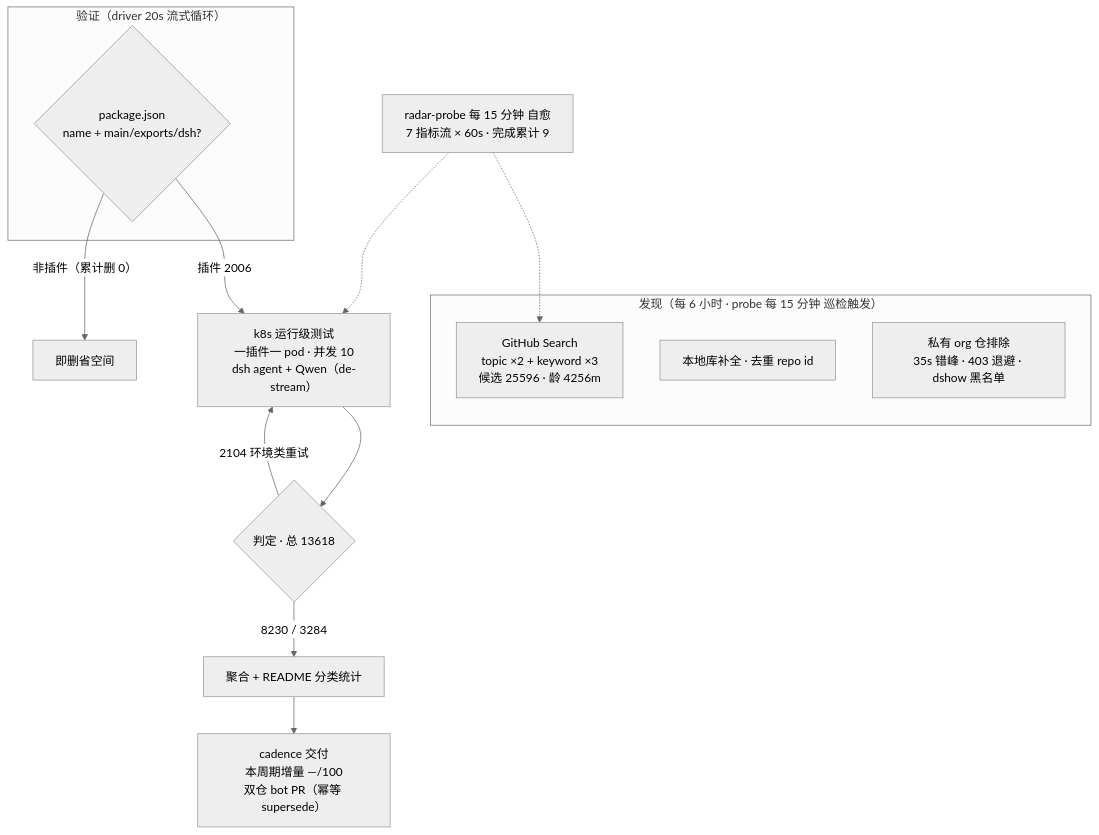
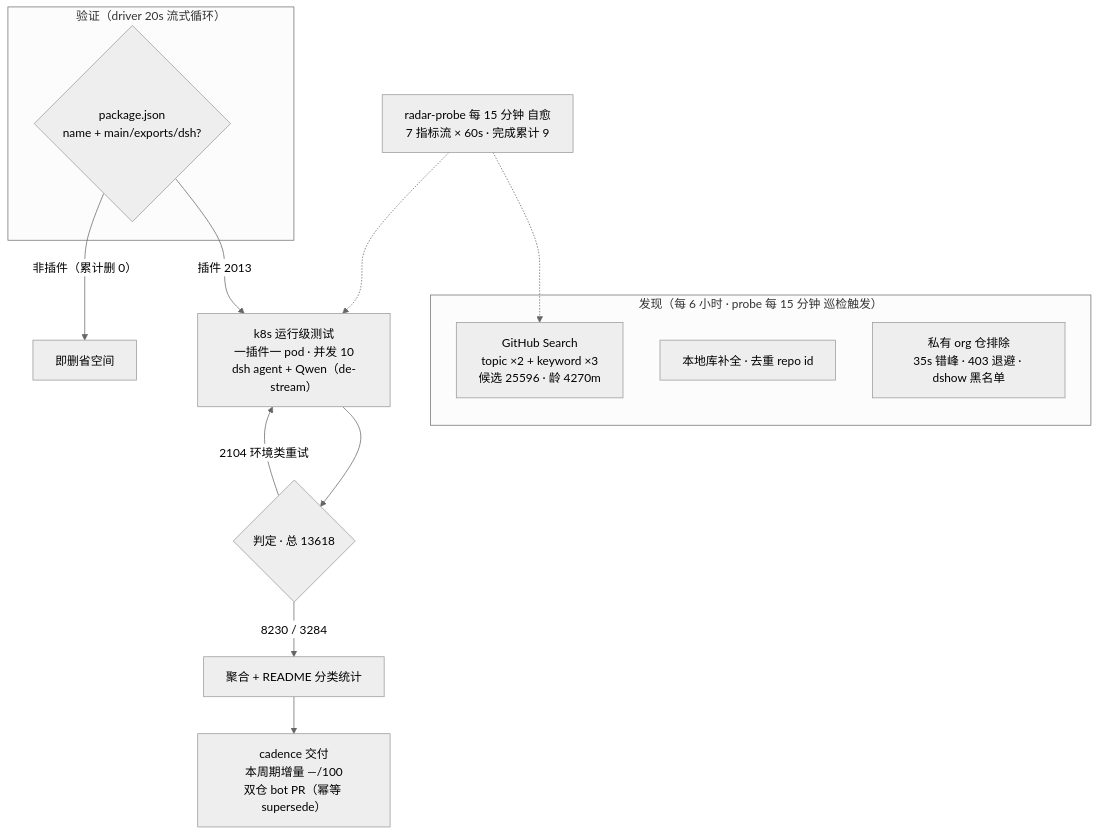
One commit to Zhidao-Lab-OSS/awesome-dsh-plugins changed the diagram in README.md. Above: the diagram before and after it, drawn with Mermaid (neutral theme). The commit also changed other lines of this file and 1 other file, not shown here.

````diff
--- a/README.md
+++ b/README.md
@@ -54,20 +54,20 @@
 ```mermaid
 flowchart TB
     subgraph Discovery["发现（每 6 小时 · probe 每 15 分钟 巡检触发）"]
-        A1["GitHub Search<br/>topic ×2 + keyword ×3<br/>候选 25596 · 龄 4256m"]
+        A1["GitHub Search<br/>topic ×2 + keyword ×3<br/>候选 25596 · 龄 4270m"]
         A2["本地库补全 · 去重 repo id"]
         A3["私有 org 仓排除<br/>35s 错峰 · 403 退避 · dshow 黑名单"]
     end
     subgraph Validation["验证（driver 20s 流式循环）"]
         B1{"package.json<br/>name + main/exports/dsh?"}
     end
-    B1 -->|"插件 2006"| C1["k8s 运行级测试<br/>一插件一 pod · 并发 10<br/>dsh agent + Qwen（de-stream）"]
+    B1 -->|"插件 2013"| C1["k8s 运行级测试<br/>一插件一 pod · 并发 10<br/>dsh agent + Qwen（de-stream）"]
     B1 -->|"非插件（累计删 0）"| B3["即删省空间"]
     C1 --> D1{"判定 · 总 13618"}
     D1 -->|"8230 / 3284"| E1["聚合 + README 分类统计"]
     D1 -->|"2104 环境类重试"| C1
     E1 --> E2["cadence 交付<br/>本周期增量 —/100<br/>双仓 bot PR（幂等 supersede）"]
     M["radar-probe 每 15 分钟 自愈<br/>7 指标流 × 60s · 完成累计 9"]
     M -.-> A1
     M -.-> C1
 ```
````
